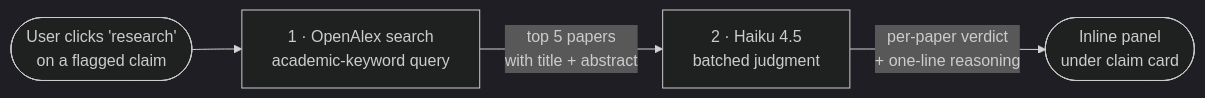
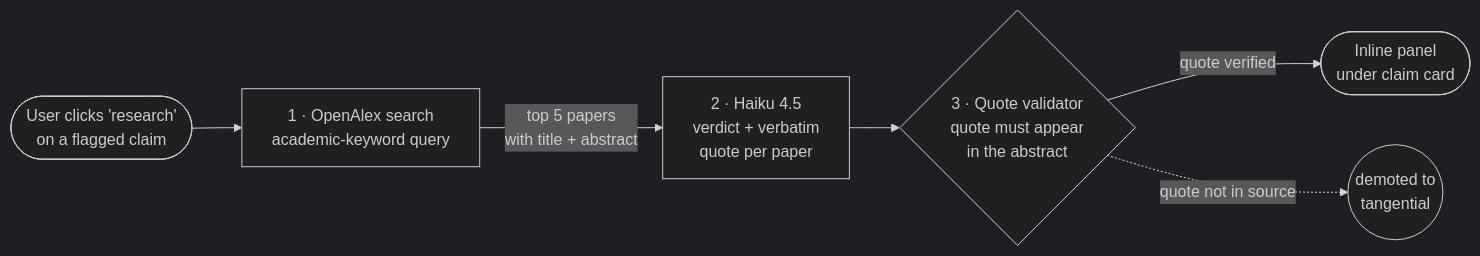
Before and after one commit to JemsRyu/claim-ledger: the third of 3 diagrams in README.md, drawn with Mermaid (dark theme). The commit also changed other lines of this file, not shown here.

````diff
--- a/README.md
+++ b/README.md
@@ -67,6 +67,8 @@
 ```mermaid
 flowchart LR
     Click([User clicks 'research'<br/>on a flagged claim]) --> Search["1 · OpenAlex search<br/>academic-keyword query"]
-    Search -->|top 5 papers<br/>with title + abstract| J["2 · Haiku 4.5<br/>batched judgment"]
-    J -->|per-paper verdict<br/>+ one-line reasoning| Render([Inline panel<br/>under claim card])
+    Search -->|top 5 papers<br/>with title + abstract| J["2 · Haiku 4.5<br/>verdict + verbatim<br/>quote per paper"]
+    J --> Q{"3 · Quote validator<br/>quote must appear<br/>in the abstract"}
+    Q -->|quote verified| Render([Inline panel<br/>under claim card])
+    Q -.->|quote not in source| Demote((demoted to<br/>tangential))
 ```
````
